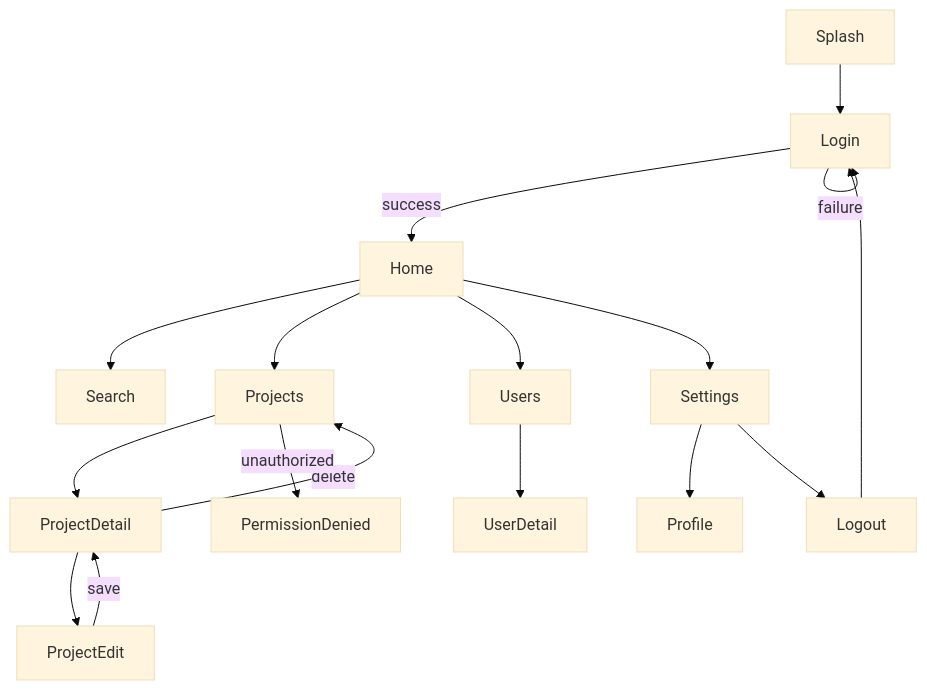
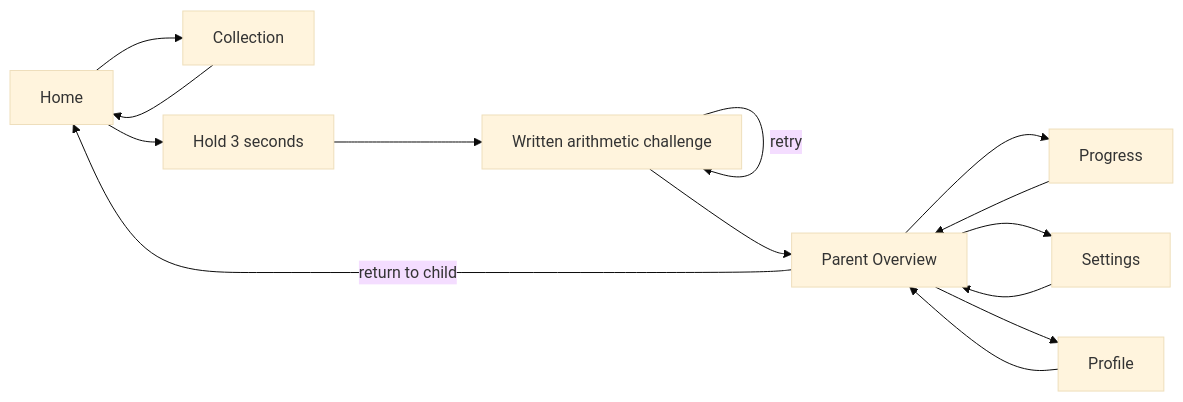
Before and after one commit to majinbaka/FlashKids: the fourth of 5 diagrams in docs/widgetbook_executable_spec.md, drawn with Mermaid (base theme). The commit also changed other lines of this file and 43 other files, not shown here.

First line of the commit message:
feat: add parent overview and progress screens, enhance widgetbook with new components and stories

````diff
--- a/docs/widgetbook_executable_spec.md
+++ b/docs/widgetbook_executable_spec.md
@@ -345,19 +188,15 @@
 ```mermaid
-flowchart TD
-  Splash --> Login
-  Login -->|success| Home
-  Login -->|failure| Login
-  Home --> Search
-  Home --> Projects
-  Home --> Users
-  Home --> Settings
-  Projects --> ProjectDetail
-  ProjectDetail --> ProjectEdit
-  ProjectEdit -->|save| ProjectDetail
-  ProjectDetail -->|delete| Projects
-  Users --> UserDetail
-  Settings --> Profile
-  Settings --> Logout
-  Logout --> Login
-  Projects -->|unauthorized| PermissionDenied
+flowchart LR
+  Home --> Collection --> Home
+  Home --> Gate[Hold 3 seconds]
+  Gate --> Challenge[Written arithmetic challenge]
+  Challenge -->|retry| Challenge
+  Challenge --> Parent[Parent Overview]
+  Parent --> Progress
+  Parent --> Settings
+  Parent --> Profile
+  Progress --> Parent
+  Settings --> Parent
+  Profile --> Parent
+  Parent -->|return to child| Home
 ```
````
